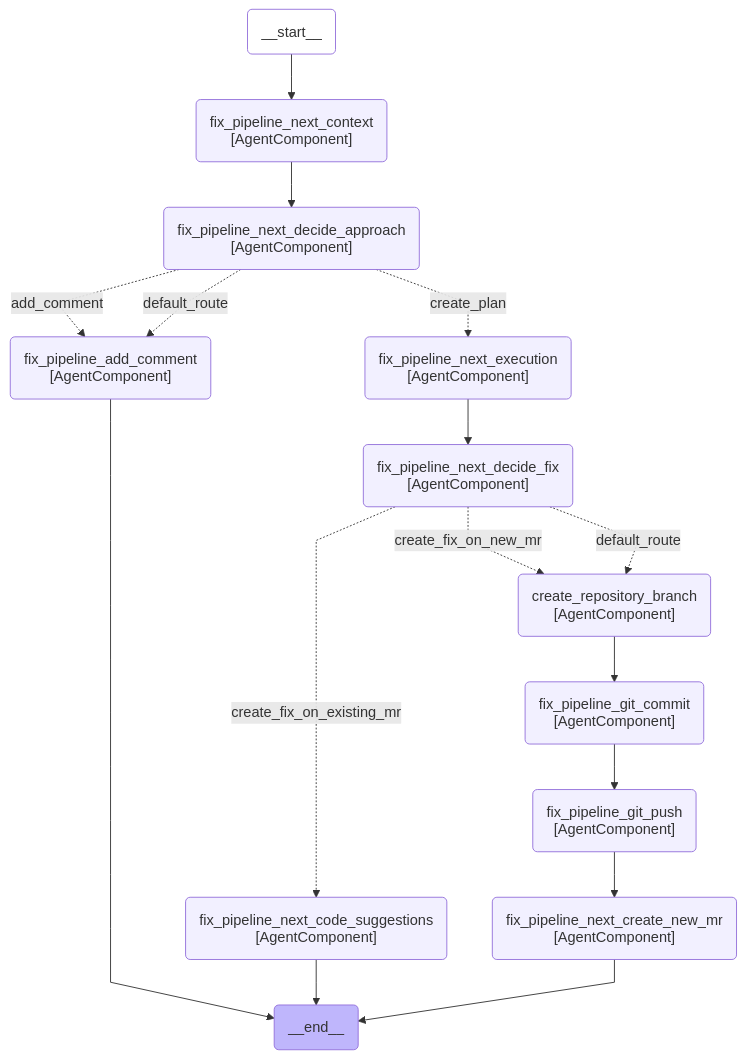
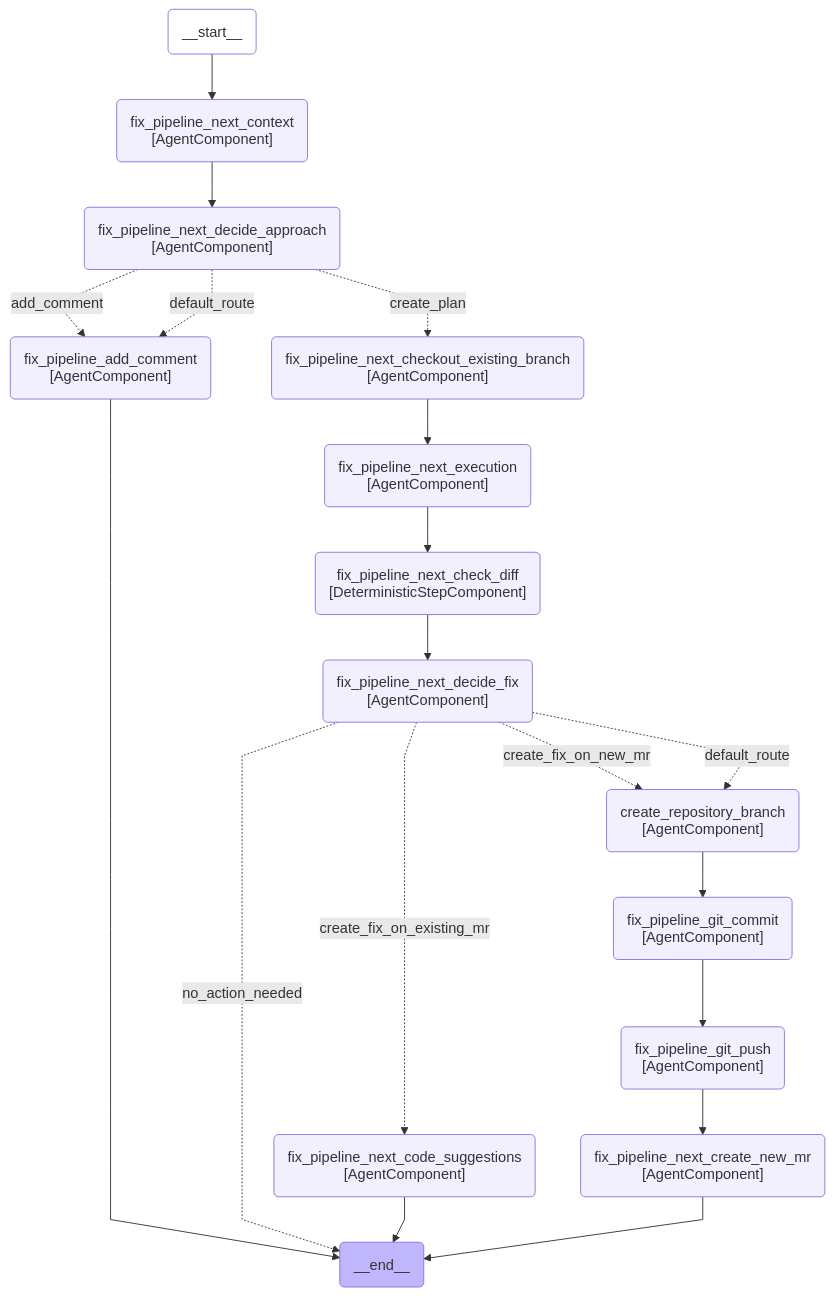
One commit to flyisland/ai-gateway changed diagram 13 of 19 in docs/duo_workflow_service_graphs.md. Above: the diagram before and after it, drawn with Mermaid. The commit also changed 9 other files, not shown here.

Commit message:
fix: Execute Fix Pipeline flow on MR source branch

````diff
--- a/docs/duo_workflow_service_graphs.md
+++ b/docs/duo_workflow_service_graphs.md
@@ -396,38 +396,43 @@
 ```mermaid
 ---
 config:
     flowchart:
         curve: linear
 ---
 graph TD;
     __start__(__start__):::first;
     __end__(__end__):::last;
     __start__ --> fix_pipeline_next_context;
     fix_pipeline_next_context(fix_pipeline_next_context<br>#91;AgentComponent#93;);
     fix_pipeline_next_decide_approach(fix_pipeline_next_decide_approach<br>#91;AgentComponent#93;);
     fix_pipeline_next_decide_fix(fix_pipeline_next_decide_fix<br>#91;AgentComponent#93;);
     fix_pipeline_next_code_suggestions(fix_pipeline_next_code_suggestions<br>#91;AgentComponent#93;);
     fix_pipeline_add_comment(fix_pipeline_add_comment<br>#91;AgentComponent#93;);
     create_repository_branch(create_repository_branch<br>#91;AgentComponent#93;);
+    fix_pipeline_next_checkout_existing_branch(fix_pipeline_next_checkout_existing_branch<br>#91;AgentComponent#93;);
+    fix_pipeline_next_check_diff(fix_pipeline_next_check_diff<br>#91;DeterministicStepComponent#93;);
     fix_pipeline_next_execution(fix_pipeline_next_execution<br>#91;AgentComponent#93;);
     fix_pipeline_git_commit(fix_pipeline_git_commit<br>#91;AgentComponent#93;);
     fix_pipeline_git_push(fix_pipeline_git_push<br>#91;AgentComponent#93;);
     fix_pipeline_next_create_new_mr(fix_pipeline_next_create_new_mr<br>#91;AgentComponent#93;);
     fix_pipeline_next_context --> fix_pipeline_next_decide_approach;
     fix_pipeline_next_decide_approach -.->|add_comment| fix_pipeline_add_comment;
-    fix_pipeline_next_decide_approach -.->|create_plan| fix_pipeline_next_execution;
+    fix_pipeline_next_decide_approach -.->|create_plan| fix_pipeline_next_checkout_existing_branch;
     fix_pipeline_next_decide_approach -.->|default_route| fix_pipeline_add_comment;
+    fix_pipeline_next_checkout_existing_branch --> fix_pipeline_next_execution;
     fix_pipeline_add_comment --> __end__;
-    fix_pipeline_next_execution --> fix_pipeline_next_decide_fix;
+    fix_pipeline_next_execution --> fix_pipeline_next_check_diff;
+    fix_pipeline_next_check_diff --> fix_pipeline_next_decide_fix;
     fix_pipeline_next_decide_fix -.->|create_fix_on_existing_mr| fix_pipeline_next_code_suggestions;
     fix_pipeline_next_decide_fix -.->|create_fix_on_new_mr| create_repository_branch;
+    fix_pipeline_next_decide_fix -.->|no_action_needed| __end__;
     fix_pipeline_next_decide_fix -.->|default_route| create_repository_branch;
     fix_pipeline_next_code_suggestions --> __end__;
     create_repository_branch --> fix_pipeline_git_commit;
     fix_pipeline_git_commit --> fix_pipeline_git_push;
     fix_pipeline_git_push --> fix_pipeline_next_create_new_mr;
     fix_pipeline_next_create_new_mr --> __end__;
     classDef default fill:#f2f0ff,line-height:1.2;
     classDef first fill-opacity:0;
     classDef last fill:#bfb6fc;
 ```
````
